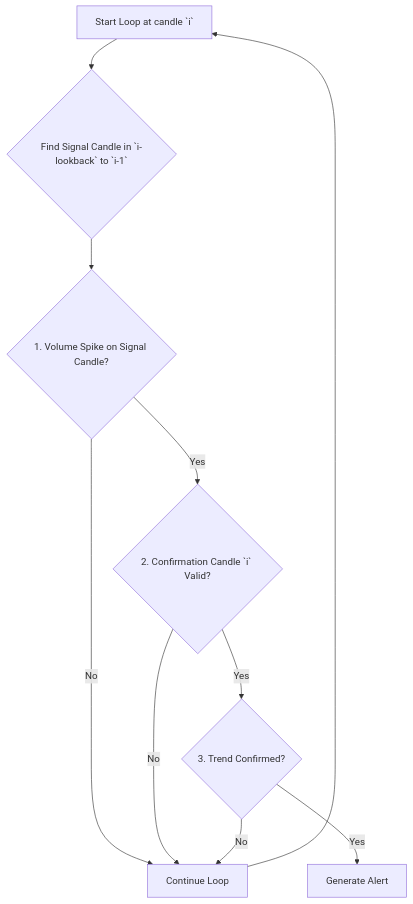
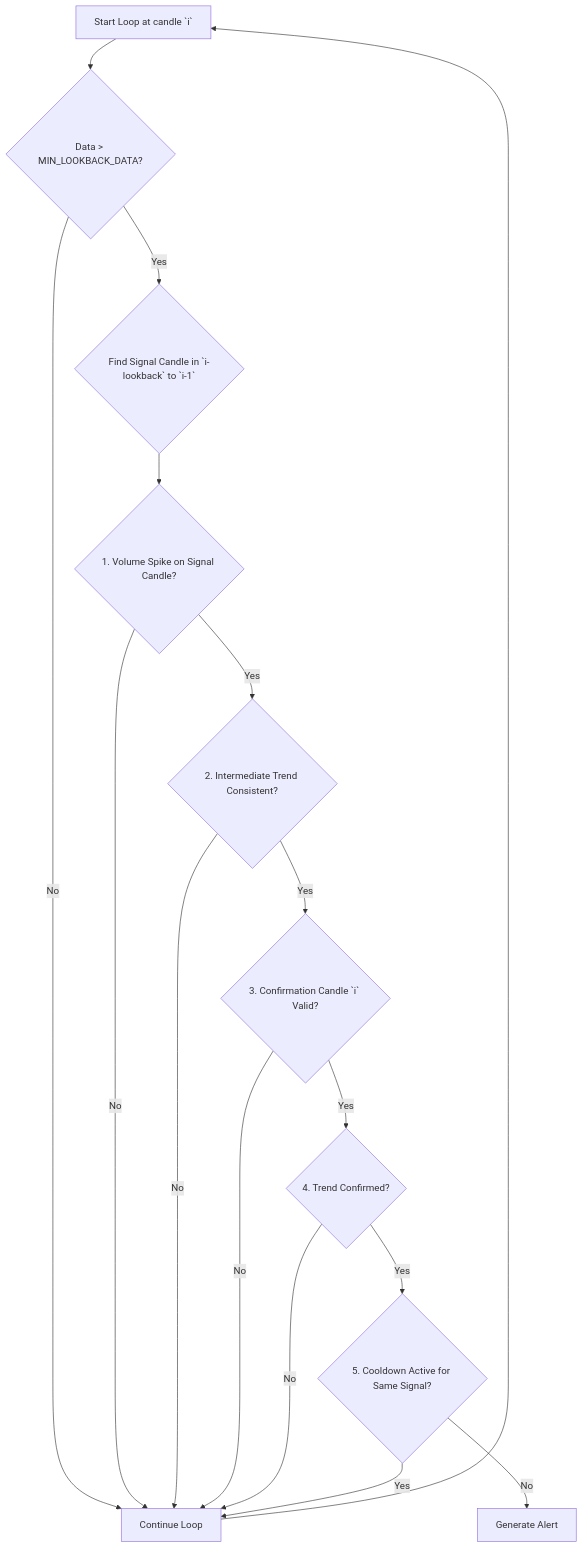
Before and after one commit to haud-tech-org/stock_trading: the diagram in docs/algorithms/VOLUME_SPIKE_CONFIRMATION.md, drawn with Mermaid. The commit also changed other lines of this file and 3 other files, not shown here.

````diff
--- a/docs/algorithms/VOLUME_SPIKE_CONFIRMATION.md
+++ b/docs/algorithms/VOLUME_SPIKE_CONFIRMATION.md
@@ -51,12 +70,18 @@
 ```mermaid
 graph TD
-    A[Start Loop at candle `i`] --> B{Find Signal Candle in `i-lookback` to `i-1`};
+    A[Start Loop at candle `i`] --> B_CHECK{Data > MIN_LOOKBACK_DATA?};
+    B_CHECK -- No --> X[Continue Loop];
+    B_CHECK -- Yes --> B{Find Signal Candle in `i-lookback` to `i-1`};
     B --> C{1. Volume Spike on Signal Candle?};
     C -- No --> X[Continue Loop];
-    C -- Yes --> D{2. Confirmation Candle `i` Valid?};
+    C -- Yes --> D{2. Intermediate Trend Consistent?};
     D -- No --> X;
-    D -- Yes --> E{3. Trend Confirmed?};
+    D -- Yes --> E{3. Confirmation Candle `i` Valid?};
     E -- No --> X;
-    E -- Yes --> Z[Generate Alert];
+    E -- Yes --> F{4. Trend Confirmed?};
+    F -- No --> X;
+    F -- Yes --> G{5. Cooldown Active for Same Signal?};
+    G -- Yes --> X;
+    G -- No --> Z[Generate Alert];
     X --> A;
 ```
````
